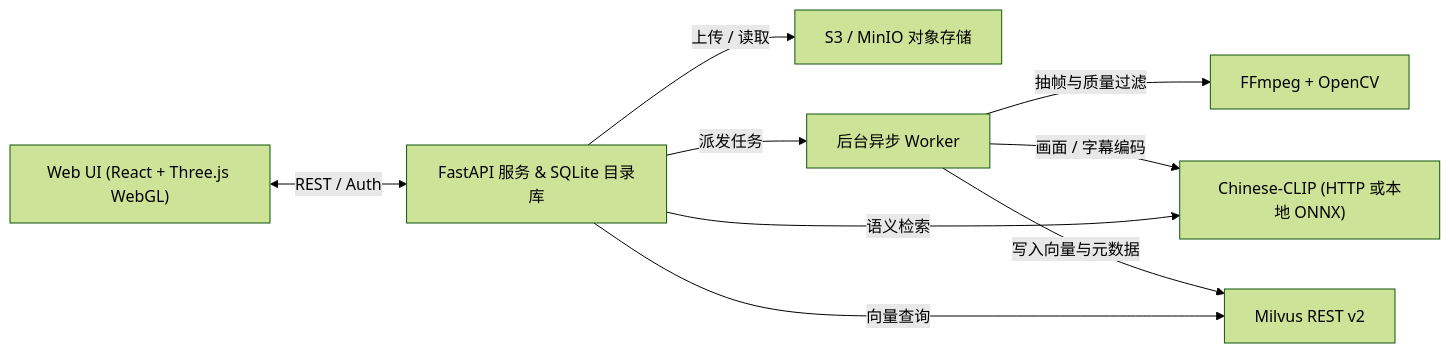
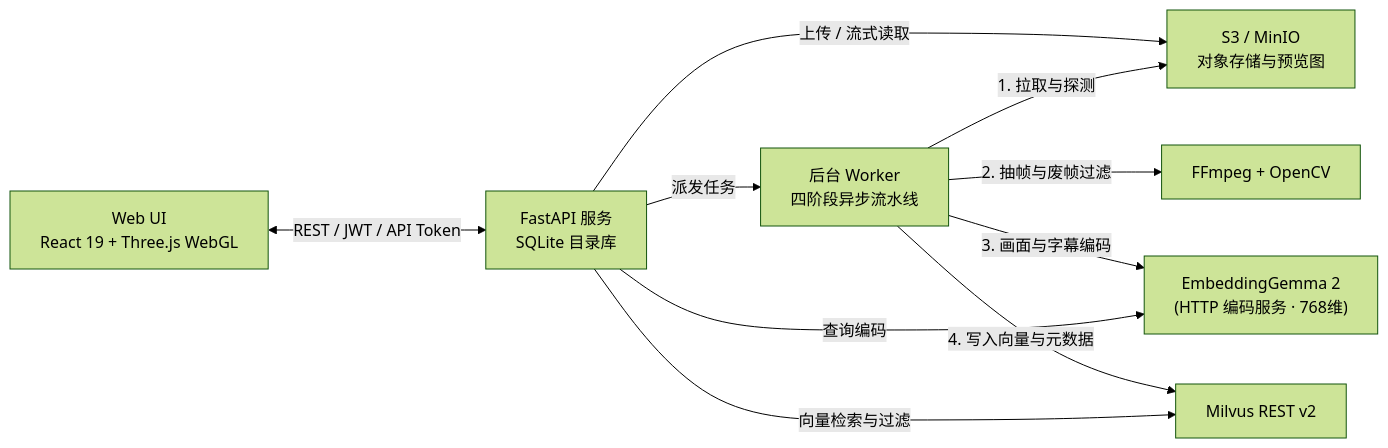
Before and after one commit to Chillwinner/Cinevec: the diagram in README.zh-CN.md, drawn with Mermaid (forest theme). The commit also changed other lines of this file and 3 other files, not shown here.

Commit message:
docs: upgrade README with EmbeddingGemma 2 architecture and dual 3D Cinema showcases

````diff
--- a/README.zh-CN.md
+++ b/README.zh-CN.md
@@ -59,11 +96,12 @@
 ```mermaid
 flowchart LR
-    UI["Web UI (React + Three.js WebGL)"] <-->|REST / Auth| API["FastAPI 服务 & SQLite 目录库"]
-    API -->|上传 / 读取| S3["S3 / MinIO 对象存储"]
-    API -->|派发任务| W["后台异步 Worker"]
-    W -->|抽帧与质量过滤| FF["FFmpeg + OpenCV"]
-    W -->|画面 / 字幕编码| CLIP["Chinese-CLIP (HTTP 或本地 ONNX)"]
-    W -->|写入向量与元数据| MV["Milvus REST v2"]
-    API -->|语义检索| CLIP
-    API -->|向量查询| MV
+    UI["Web UI<br/>React 19 + Three.js WebGL"] <-->|REST / JWT / API Token| API["FastAPI 服务<br/>SQLite 目录库"]
+    API -->|上传 / 流式读取| S3["S3 / MinIO<br/>对象存储与预览图"]
+    API -->|派发任务| W["后台 Worker<br/>四阶段异步流水线"]
+    W -->|1. 拉取与探测| S3
+    W -->|2. 抽帧与废帧过滤| FF["FFmpeg + OpenCV"]
+    W -->|3. 画面与字幕编码| GEMMA["EmbeddingGemma 2<br/>(HTTP 编码服务 · 768维)"]
+    W -->|4. 写入向量与元数据| MV["Milvus REST v2"]
+    API -->|查询编码| GEMMA
+    API -->|向量检索与过滤| MV
 ```
````
